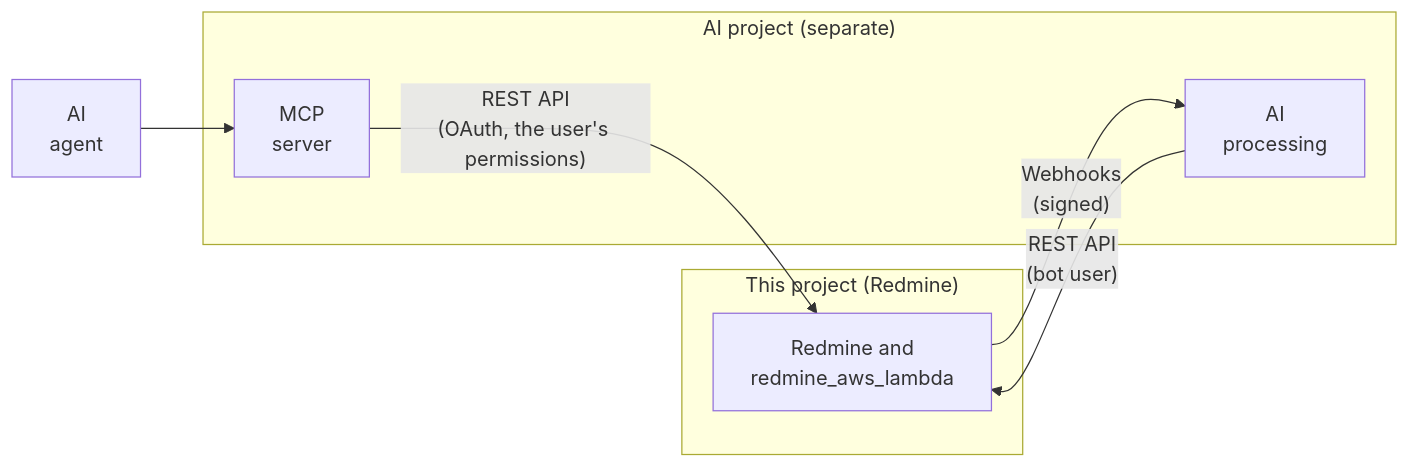
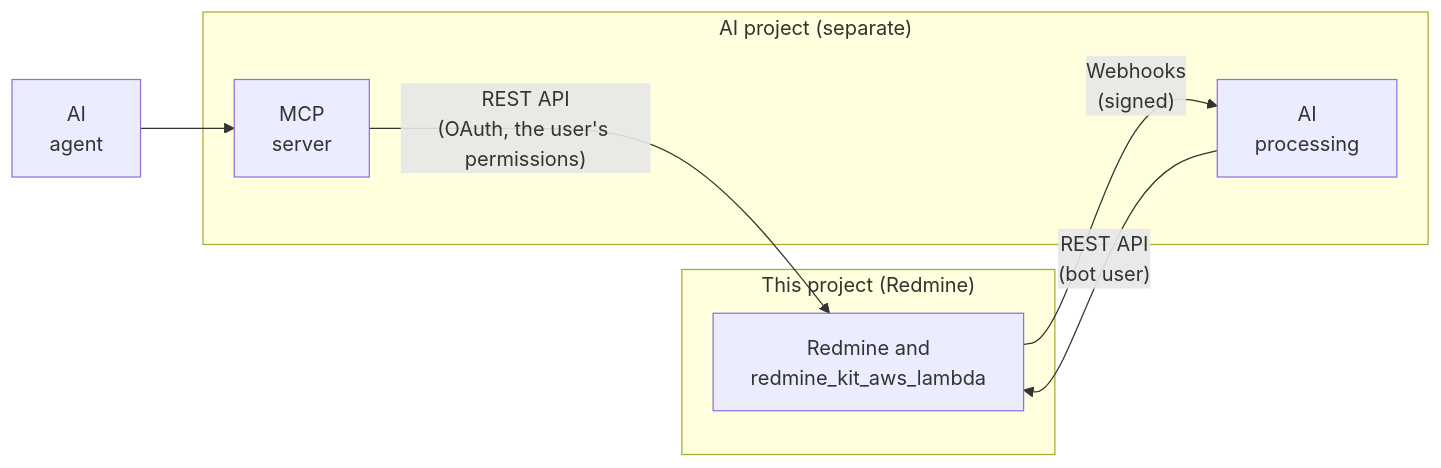
Before and after one commit to redmine-kit/serverless: the diagram in docs/ai.md, drawn with Mermaid. The commit also changed 42 other files, not shown here.

First line of the commit message:
Use the Redmine Kit AWS plugins' new names

````diff
--- a/docs/ai.md
+++ b/docs/ai.md
@@ -13,16 +13,16 @@
 ```mermaid
 flowchart LR
   subgraph this["This project (Redmine)"]
-    redmine["Redmine and<br>redmine_aws_lambda"]
+    redmine["Redmine and<br>redmine_kit_aws_lambda"]
   end
   subgraph ai["AI project (separate)"]
     worker["AI<br>processing"]
     mcp["MCP<br>server"]
   end
   agent["AI<br>agent"]
 
   redmine -- "Webhooks<br>(signed)" --> worker
   worker -- "REST API<br>(bot user)" --> redmine
   agent --> mcp
   mcp -- "REST API<br>(OAuth, the user's permissions)" --> redmine
 ```
````
